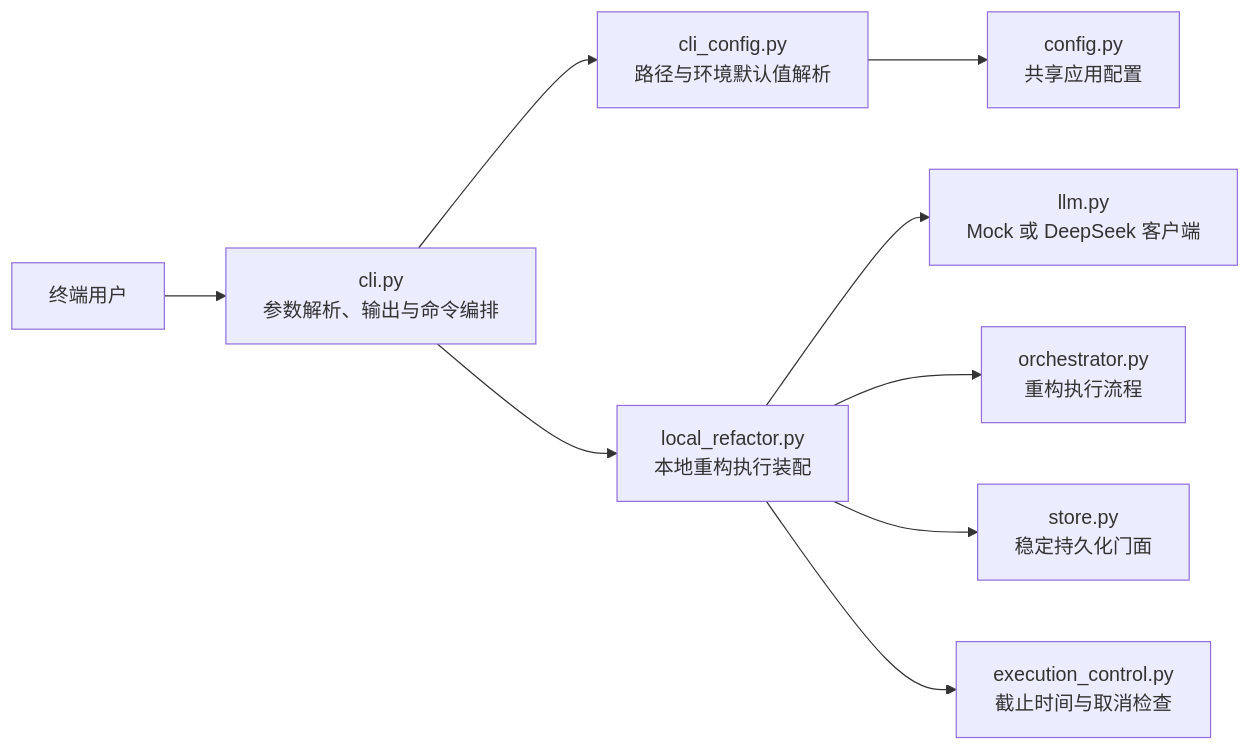
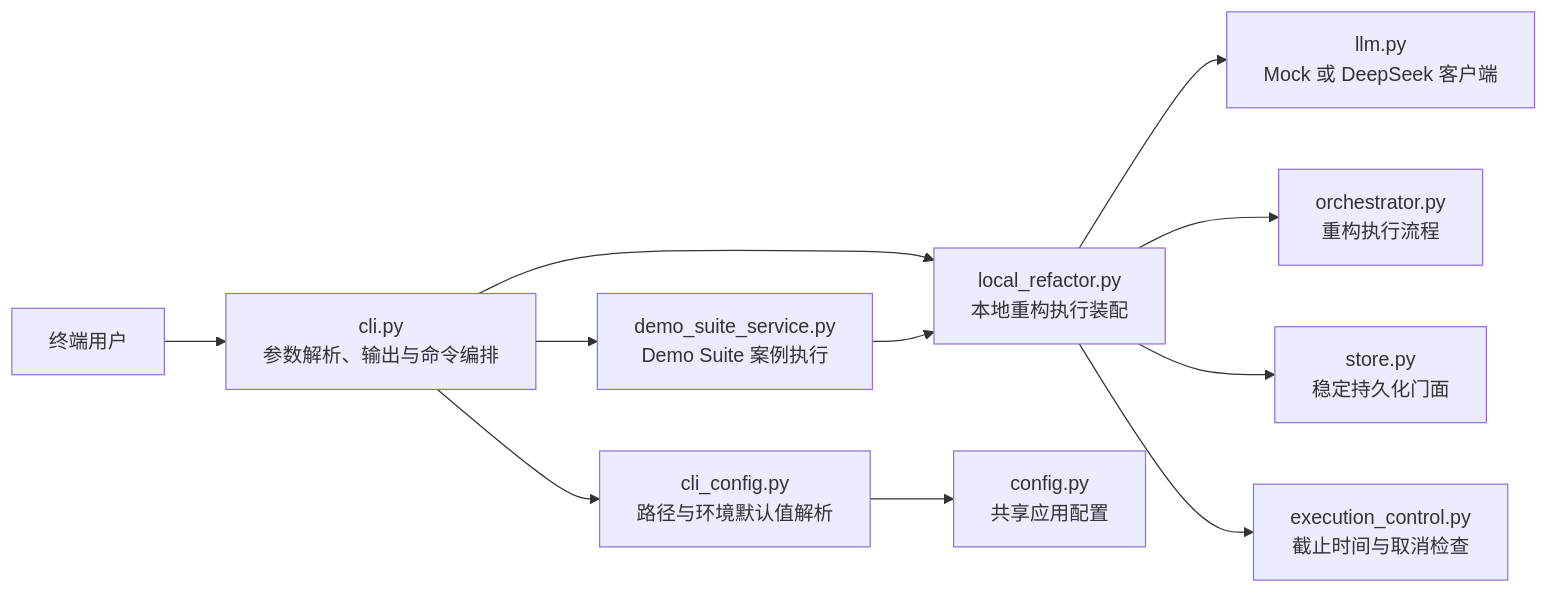
The third of 3 diagrams in docs/architecture/core-module-boundaries.md (ailiujiarui/chouxiang), drawn with Mermaid before and after one commit. The commit also changed other lines of this file and 6 other files, not shown here.

Commit message:
refactor: extract demo suite execution

````diff
--- a/docs/architecture/core-module-boundaries.md
+++ b/docs/architecture/core-module-boundaries.md
@@ -74,11 +74,13 @@
 ```mermaid
 flowchart LR
     USER["终端用户"] --> CLI["cli.py\n参数解析、输出与命令编排"]
     CLI --> CONFIG["cli_config.py\n路径与环境默认值解析"]
     CLI --> LOCAL["local_refactor.py\n本地重构执行装配"]
+    CLI --> SUITE["demo_suite_service.py\nDemo Suite 案例执行"]
     CONFIG --> SETTINGS["config.py\n共享应用配置"]
+    SUITE --> LOCAL
     LOCAL --> LLM["llm.py\nMock 或 DeepSeek 客户端"]
     LOCAL --> ORCH["orchestrator.py\n重构执行流程"]
     LOCAL --> STORE["store.py\n稳定持久化门面"]
     LOCAL --> CONTROL["execution_control.py\n截止时间与取消检查"]
 ```
````
